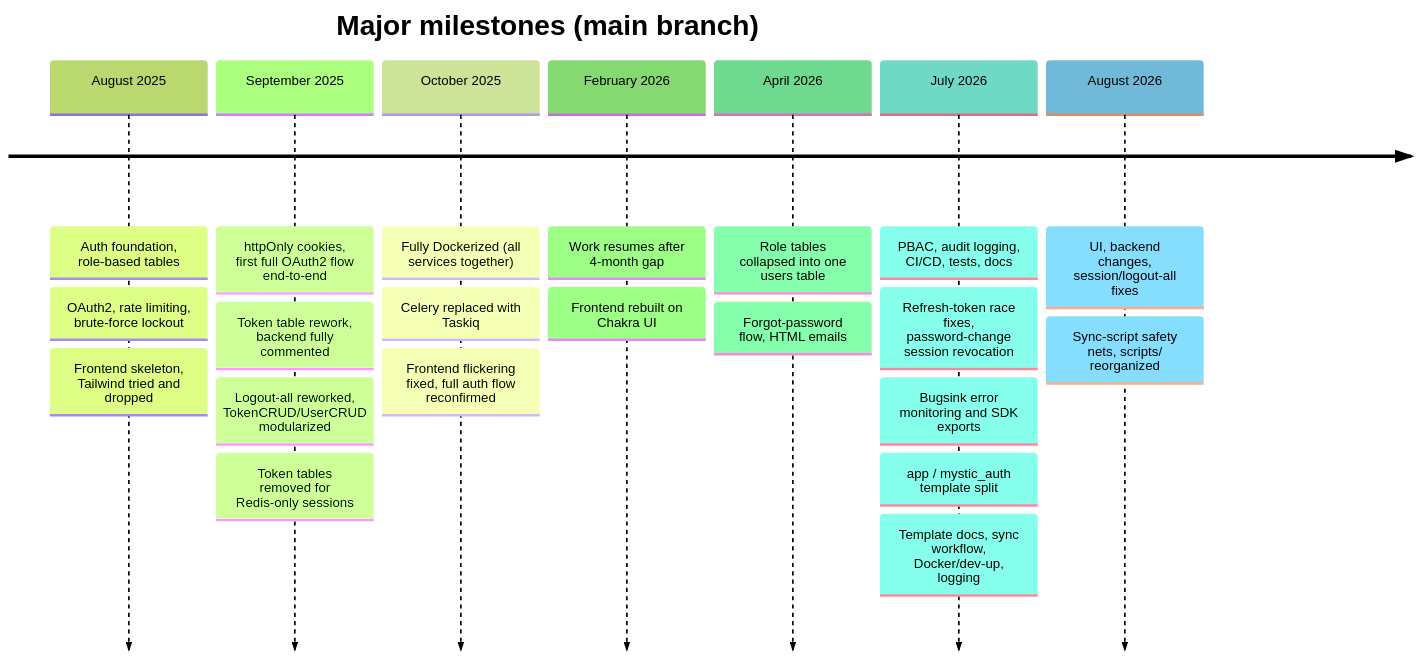
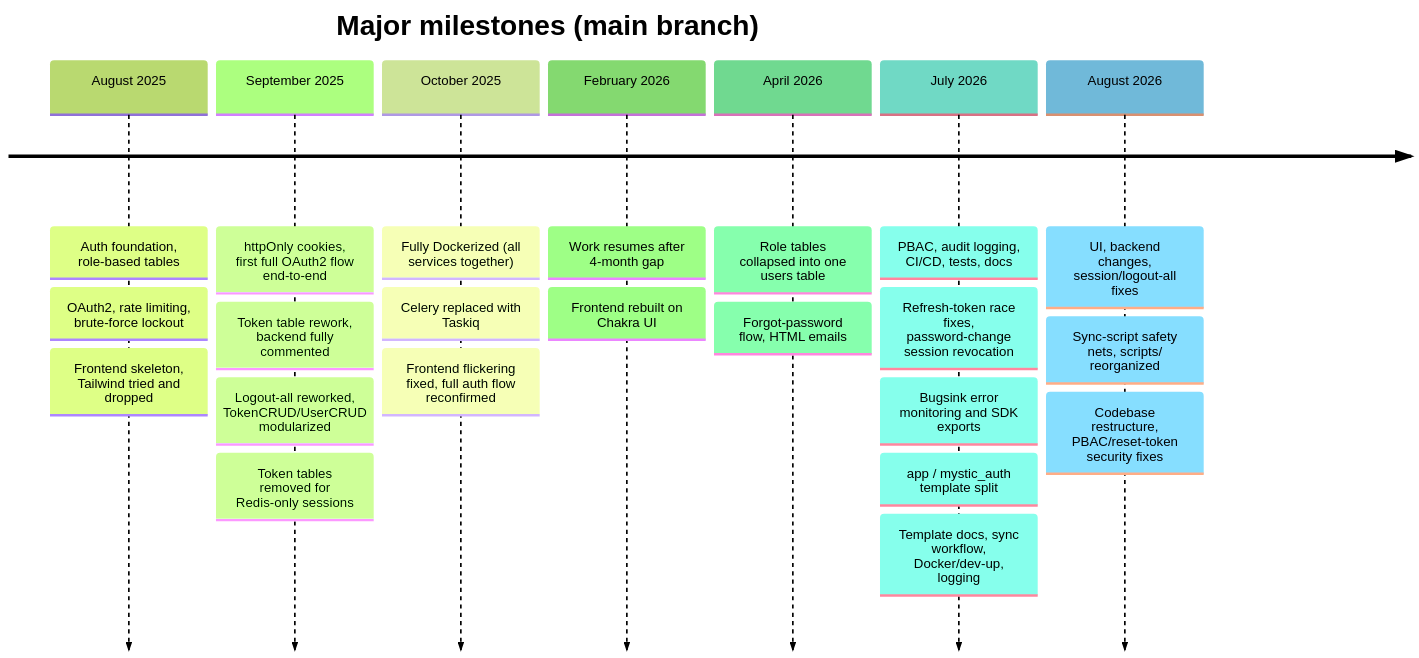
Before and after one commit to Nachiket-2024/balance_sheet_analysis: the diagram in docs/mystic_auth/project-story/README.md, drawn with Mermaid (forest theme). The commit also changed other lines of this file and 233 other files, not shown here.

````diff
--- a/docs/mystic_auth/project-story/README.md
+++ b/docs/mystic_auth/project-story/README.md
@@ -37,25 +37,26 @@
 ```mermaid
 timeline
     title Major milestones (main branch)
     August 2025: Auth foundation, role-based tables
             : OAuth2, rate limiting, brute-force lockout
             : Frontend skeleton, Tailwind tried and dropped
     September 2025: httpOnly cookies, first full OAuth2 flow end-to-end
             : Token table rework, backend fully commented
             : Logout-all reworked, TokenCRUD/UserCRUD modularized
             : Token tables removed for Redis-only sessions
     October 2025: Fully Dockerized (all services together)
             : Celery replaced with Taskiq
             : Frontend flickering fixed, full auth flow reconfirmed
     February 2026: Work resumes after 4-month gap
             : Frontend rebuilt on Chakra UI
     April 2026: Role tables collapsed into one users table
             : Forgot-password flow, HTML emails
     July 2026: PBAC, audit logging, CI/CD, tests, docs
             : Refresh-token race fixes, password-change session revocation
             : Bugsink error monitoring and SDK exports
             : app / mystic_auth template split
             : Template docs, sync workflow, Docker/dev-up, logging
     August 2026: UI, backend changes, session/logout-all fixes
             : Sync-script safety nets, scripts/ reorganized
+            : Codebase restructure, PBAC/reset-token security fixes
 ```
````
